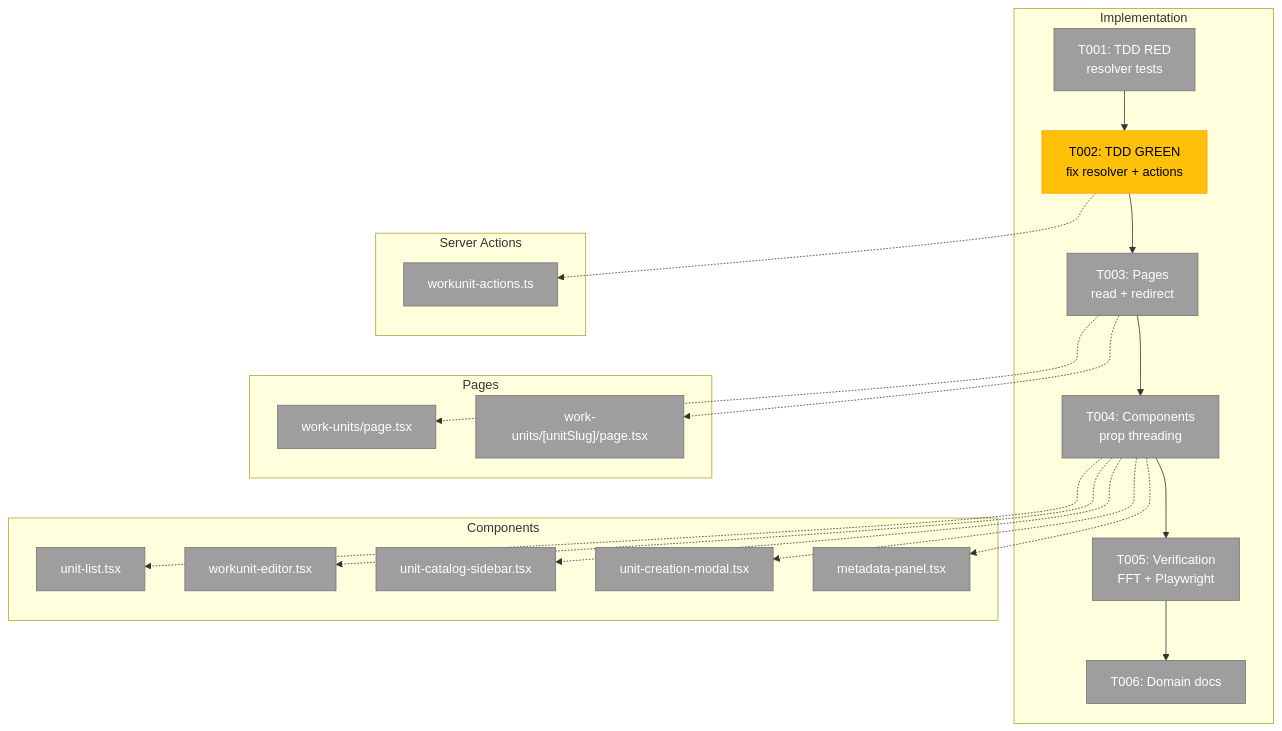
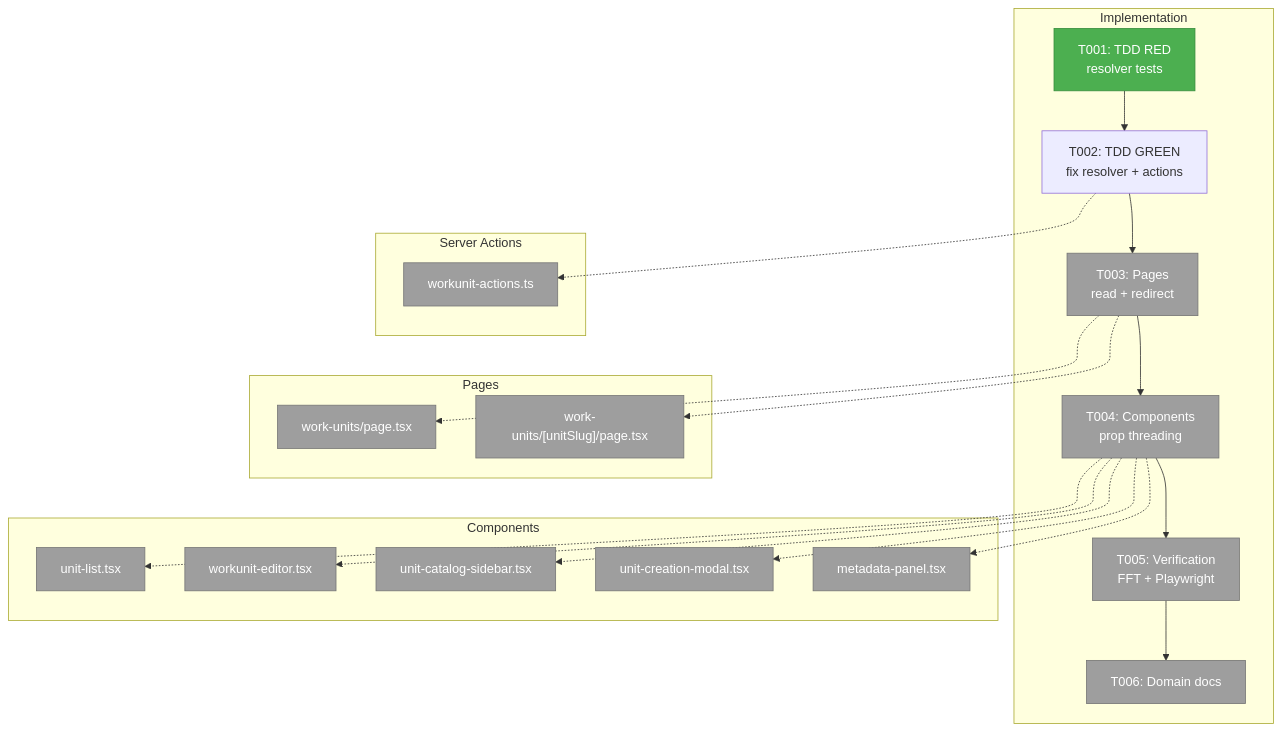
The first of 3 diagrams in docs/plans/062-workunit-worktree-resolution/tasks/implementation/tasks.md (AI-Substrate/chainglass), drawn with Mermaid before and after one commit. The commit also changed other lines of this file and 16 other files, not shown here.

````diff
--- a/docs/plans/062-workunit-worktree-resolution/tasks/implementation/tasks.md
+++ b/docs/plans/062-workunit-worktree-resolution/tasks/implementation/tasks.md
@@ -46,46 +46,46 @@
 ```mermaid
 flowchart TD
     classDef pending fill:#9E9E9E,stroke:#757575,color:#fff
     classDef completed fill:#4CAF50,stroke:#388E3C,color:#fff
-    classDef blocked fill:#FFC107,stroke:#FFA000,color:#000
+    classDef inprogress fill:#FFC107,stroke:#FFA000,color:#000
 
     subgraph Implementation["Implementation"]
-        T001["T001: TDD RED<br/>resolver tests"]:::pending
+        T001["T001: TDD RED<br/>resolver tests"]:::completed
         T002["T002: TDD GREEN<br/>fix resolver + actions"]:::blocked
         T003["T003: Pages<br/>read + redirect"]:::pending
         T004["T004: Components<br/>prop threading"]:::pending
         T005["T005: Verification<br/>FFT + Playwright"]:::pending
         T006["T006: Domain docs"]:::pending
         T001 --> T002
         T002 --> T003
         T003 --> T004
         T004 --> T005
         T005 --> T006
     end
 
     subgraph Actions["Server Actions"]
         FA["workunit-actions.ts"]:::pending
     end
 
     subgraph Pages["Pages"]
         FP1["work-units/page.tsx"]:::pending
         FP2["work-units/[unitSlug]/page.tsx"]:::pending
     end
 
     subgraph Components["Components"]
         FC1["unit-list.tsx"]:::pending
         FC2["workunit-editor.tsx"]:::pending
         FC3["unit-catalog-sidebar.tsx"]:::pending
         FC4["unit-creation-modal.tsx"]:::pending
         FC5["metadata-panel.tsx"]:::pending
     end
 
     T002 -.-> FA
     T003 -.-> FP1
     T003 -.-> FP2
     T004 -.-> FC1
     T004 -.-> FC2
     T004 -.-> FC3
     T004 -.-> FC4
     T004 -.-> FC5
 ```
````
